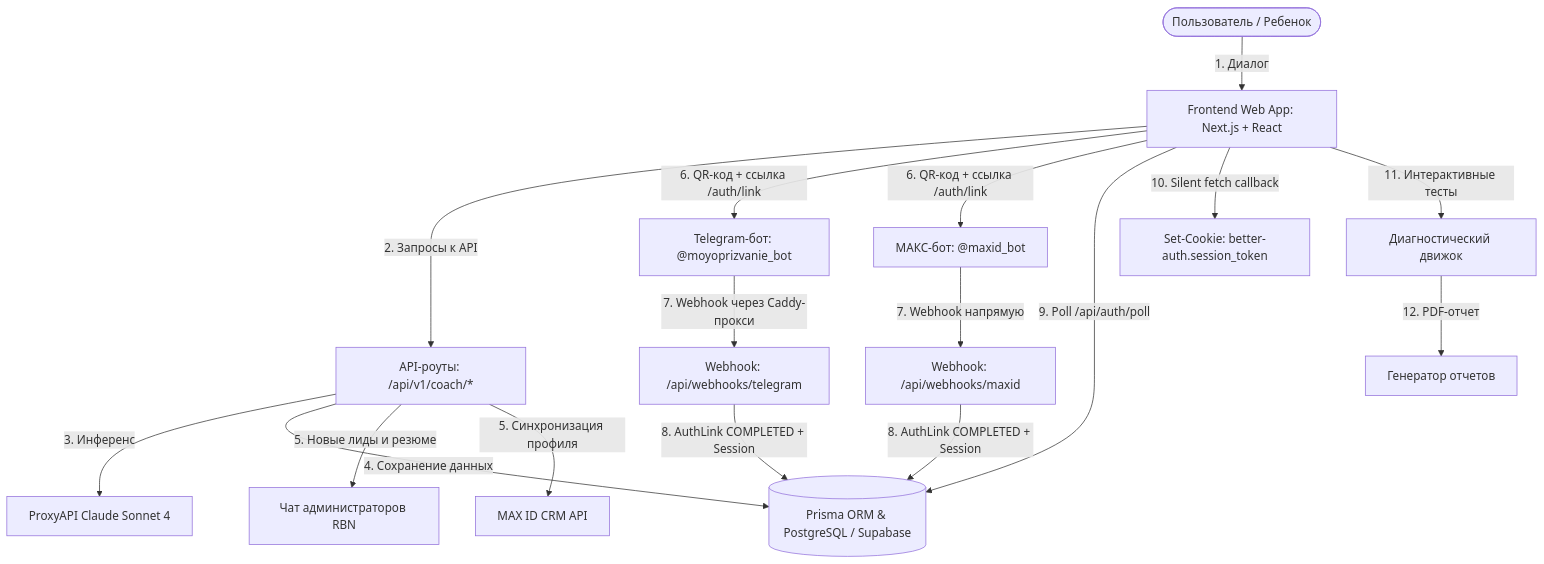
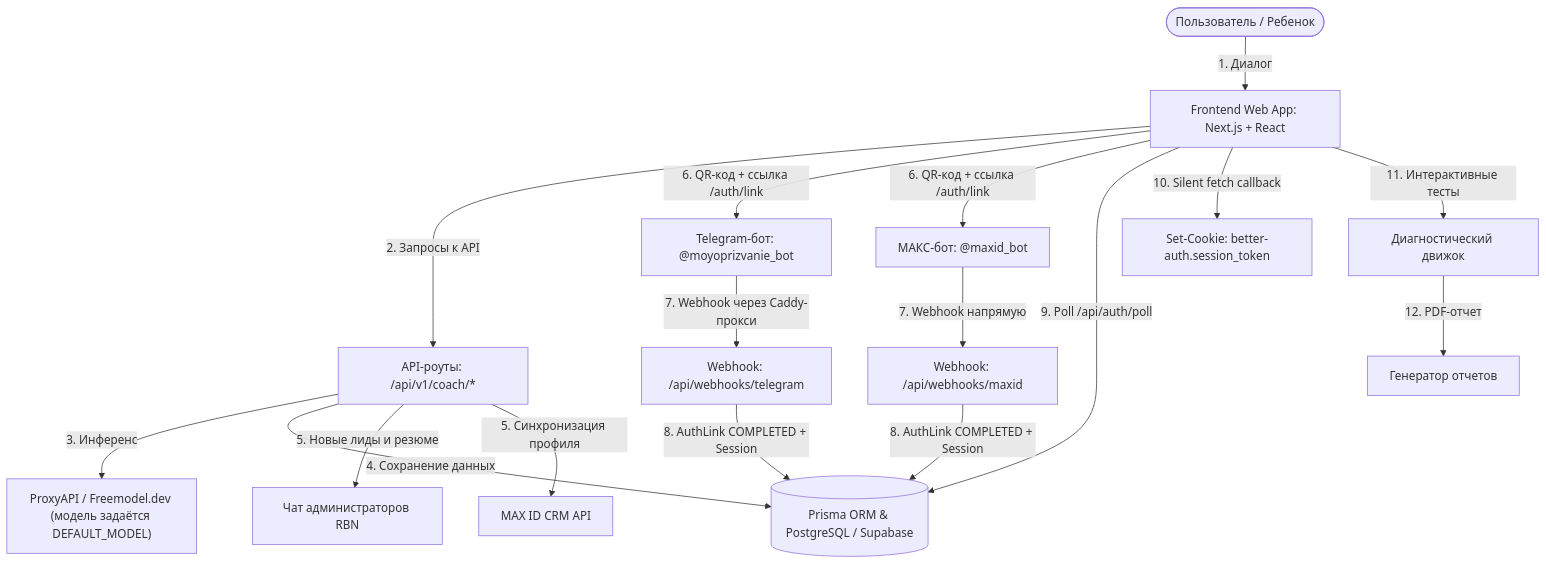
One commit to synthosaicreativestudio-maker/mycalling changed the first of 3 diagrams in docs/01-system-architecture.md. Above: the diagram before and after it, drawn with Mermaid. The commit also changed other lines of this file, not shown here.

Commit message:
docs(01): fix stale model reference (Claude Sonnet 4 → ProxyAPI/Freemodel gpt-5.5)
Диаграмма и текст экстрактора ссылались на Claude Sonnet 4; фактическая модель
задаётся DEFAULT_MODEL в app/lib/gemini.ts (на 19.07.2026 gpt-5.5, INC-005).
Формулировка сделана не-хрупкой: указывает на источник истины, а не на
конкретную модель. Rename самого gemini.ts отложен — широкая правка импортов
рискованна при активной параллельной сессии.

````diff
--- a/docs/01-system-architecture.md
+++ b/docs/01-system-architecture.md
@@ -9,31 +9,31 @@
 ```mermaid
 graph TD
     User(["Пользователь / Ребенок"]) -->|1. Диалог| WebUI["Frontend Web App: Next.js + React"]
     WebUI -->|2. Запросы к API| CoachAPI["API-роуты: /api/v1/coach/*"]
-    CoachAPI -->|3. Инференс| ProxyAPI["ProxyAPI Claude Sonnet 4"]
+    CoachAPI -->|3. Инференс| ProxyAPI["ProxyAPI / Freemodel.dev (модель задаётся DEFAULT_MODEL)"]
     CoachAPI -->|4. Сохранение данных| Prisma[("Prisma ORM & PostgreSQL / Supabase")]
     
     %% Интеграционные потоки %%
     CoachAPI -->|5. Новые лиды и резюме| TG_Admin["Чат администраторов RBN"]
     CoachAPI -->|5. Синхронизация профиля| MAXID_CRM["MAX ID CRM API"]
     
     %% Авторизация через ботов %%
     WebUI -->|6. QR-код + ссылка /auth/link| TG_Bot["Telegram-бот: @moyoprizvanie_bot"]
     WebUI -->|6. QR-код + ссылка /auth/link| MAX_Bot["МАКС-бот: @maxid_bot"]
     
     %% Обработка вебхуков %%
     TG_Bot -->|7. Webhook через Caddy-прокси| TG_Webhook["Webhook: /api/webhooks/telegram"]
     MAX_Bot -->|7. Webhook напрямую| MAX_Webhook["Webhook: /api/webhooks/maxid"]
     
     %% Callback авторизации %%
     TG_Webhook -->|8. AuthLink COMPLETED + Session| Prisma
     MAX_Webhook -->|8. AuthLink COMPLETED + Session| Prisma
     
     %% Поллинг и cookie %%
     WebUI -->|9. Poll /api/auth/poll| Prisma
     WebUI -->|10. Silent fetch callback| CookieSet["Set-Cookie: better-auth.session_token"]
     
     %% Переход к тестированию %%
     WebUI -->|11. Интерактивные тесты| Diagnostic["Диагностический движок"]
     Diagnostic -->|12. PDF-отчет| PDFGen["Генератор отчетов"]
 ```
````
